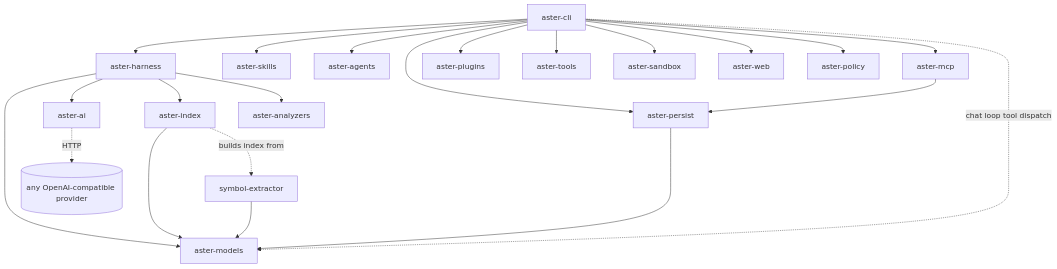
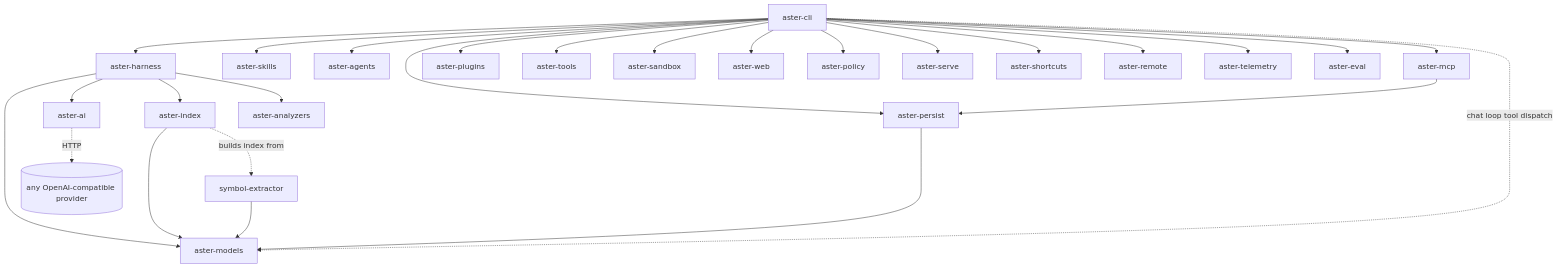
One commit to Zfinix/aster changed the first of 2 diagrams in docs/ARCHITECTURE.md. Above: the diagram before and after it, drawn with Mermaid. The commit also changed other lines of this file and 14 other files, not shown here.

````diff
--- a/docs/ARCHITECTURE.md
+++ b/docs/ARCHITECTURE.md
@@ -67,24 +73,29 @@
 ```mermaid
 graph TD
     CLI[aster-cli] --> H[aster-harness]
     CLI --> PS[aster-persist]
     CLI --> SK[aster-skills]
     CLI --> AG[aster-agents]
     CLI --> MC[aster-mcp]
     CLI --> PG[aster-plugins]
     CLI --> TL[aster-tools]
     CLI --> SB[aster-sandbox]
     CLI --> WB[aster-web]
     CLI --> PL[aster-policy]
+    CLI --> SV[aster-serve]
+    CLI --> SC[aster-shortcuts]
+    CLI --> RM[aster-remote]
+    CLI --> TE[aster-telemetry]
+    CLI --> EV[aster-eval]
     H --> AI[aster-ai]
     H --> IDX[aster-index]
     H --> AN[aster-analyzers]
     H --> M[aster-models]
     IDX --> M
     SE[symbol-extractor] --> M
     IDX -.builds index from.-> SE
     AI -.HTTP.-> P[(any OpenAI-compatible provider)]
     PS --> M
     MC --> PS
     CLI -.chat loop tool dispatch.-> M
 ```
````
